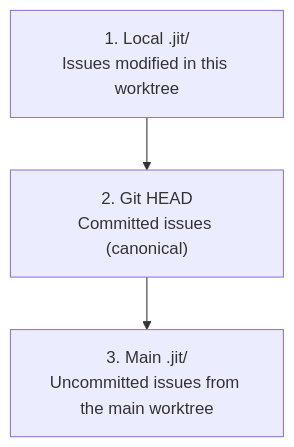
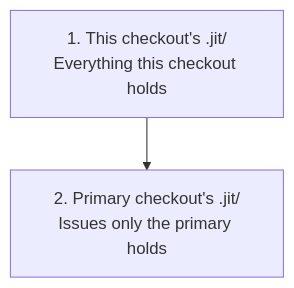
The diagram in docs/how-to/multi-agent-coordination.md (erankavija/just-in-time), drawn with Mermaid before and after one commit. The commit also changed 6 other files, not shown here.

First line of the commit message:
refactor(jit:d7cce445): issue reads stop consulting git HEAD

````diff
--- a/docs/how-to/multi-agent-coordination.md
+++ b/docs/how-to/multi-agent-coordination.md
@@ -202,5 +202,4 @@
 ```mermaid
 flowchart TD
-    local["1. Local .jit/<br/>Issues modified in this worktree"] --> head["2. Git HEAD<br/>Committed issues (canonical)"]
-    head --> main["3. Main .jit/<br/>Uncommitted issues from the main worktree"]
+    local["1. This checkout's .jit/<br/>Everything this checkout holds"] --> main["2. Primary checkout's .jit/<br/>Issues only the primary holds"]
 ```
````
